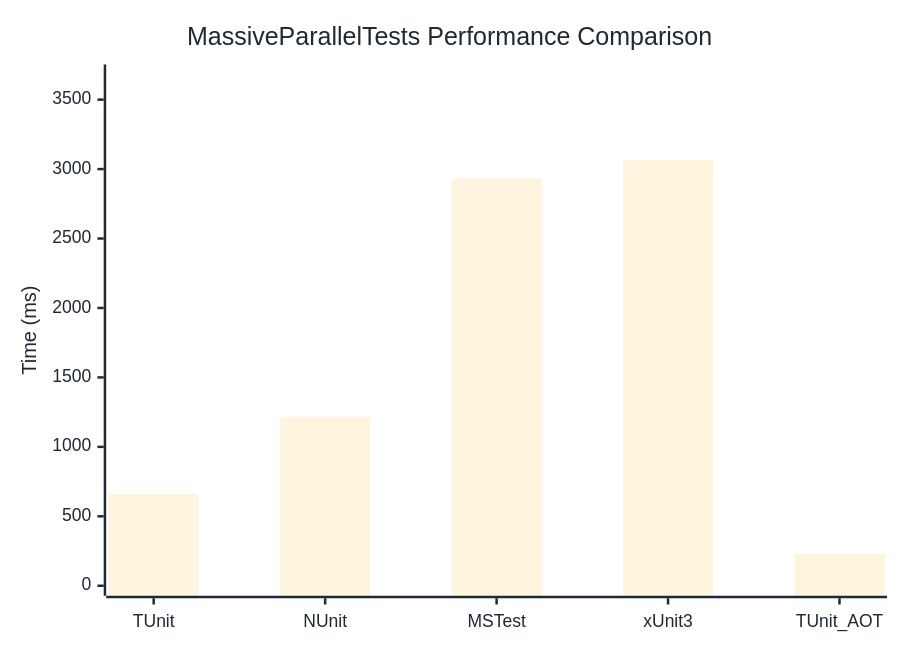
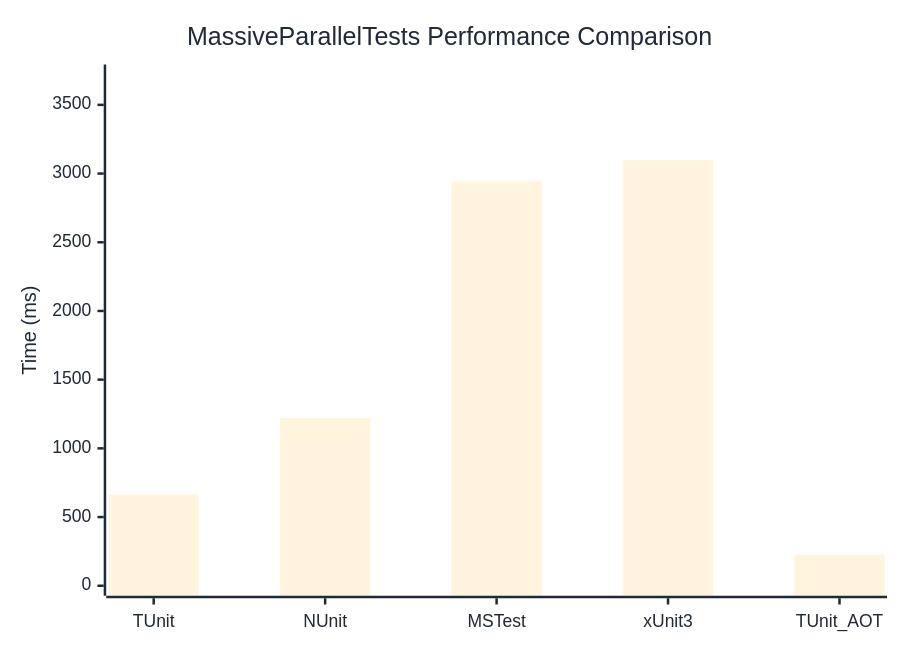
One commit to thomhurst/TUnit changed the diagram in docs/docs/benchmarks/MassiveParallelTests.md. Above: the diagram before and after it, drawn with Mermaid. The commit also changed other lines of this file and 17 other files, not shown here.

````diff
--- a/docs/docs/benchmarks/MassiveParallelTests.md
+++ b/docs/docs/benchmarks/MassiveParallelTests.md
@@ -27,37 +27,37 @@
 ```mermaid
 %%{init: {
   'theme':'base',
   'themeVariables': {
     'primaryColor': '#2563eb',
     'primaryTextColor': '#1f2937',
     'primaryBorderColor': '#1e40af',
     'lineColor': '#6b7280',
     'secondaryColor': '#7c3aed',
     'tertiaryColor': '#dc2626',
     'background': '#ffffff',
     'mainBkg': '#2563eb',
     'secondBkg': '#7c3aed',
     'tertiaryBkg': '#dc2626',
     'clusterBkg': '#f3f4f6',
     'edgeLabelBackground': '#ffffff',
     'tertiaryTextColor': '#1f2937',
     'pie1': '#2563eb',
     'pie2': '#7c3aed',
     'pie3': '#dc2626',
     'pie4': '#f59e0b',
     'pie5': '#10b981',
     'pie6': '#06b6d4',
     'pie7': '#ec4899',
     'pie8': '#6366f1',
     'pie9': '#84cc16',
     'pie10': '#f97316',
     'pie11': '#14b8a6',
     'pie12': '#a855f7'
   }
 }}%%
 xychart-beta
   title "MassiveParallelTests Performance Comparison"
   x-axis ["TUnit", "NUnit", "MSTest", "xUnit3", "TUnit_AOT"]
-  y-axis "Time (ms)" 0 --> 3681
-  bar [659, 1216.8, 2931.2, 3067, 228.2]
+  y-axis "Time (ms)" 0 --> 3721
+  bar [664.2, 1221.2, 2943.6, 3100.4, 226.6]
 ```
````
